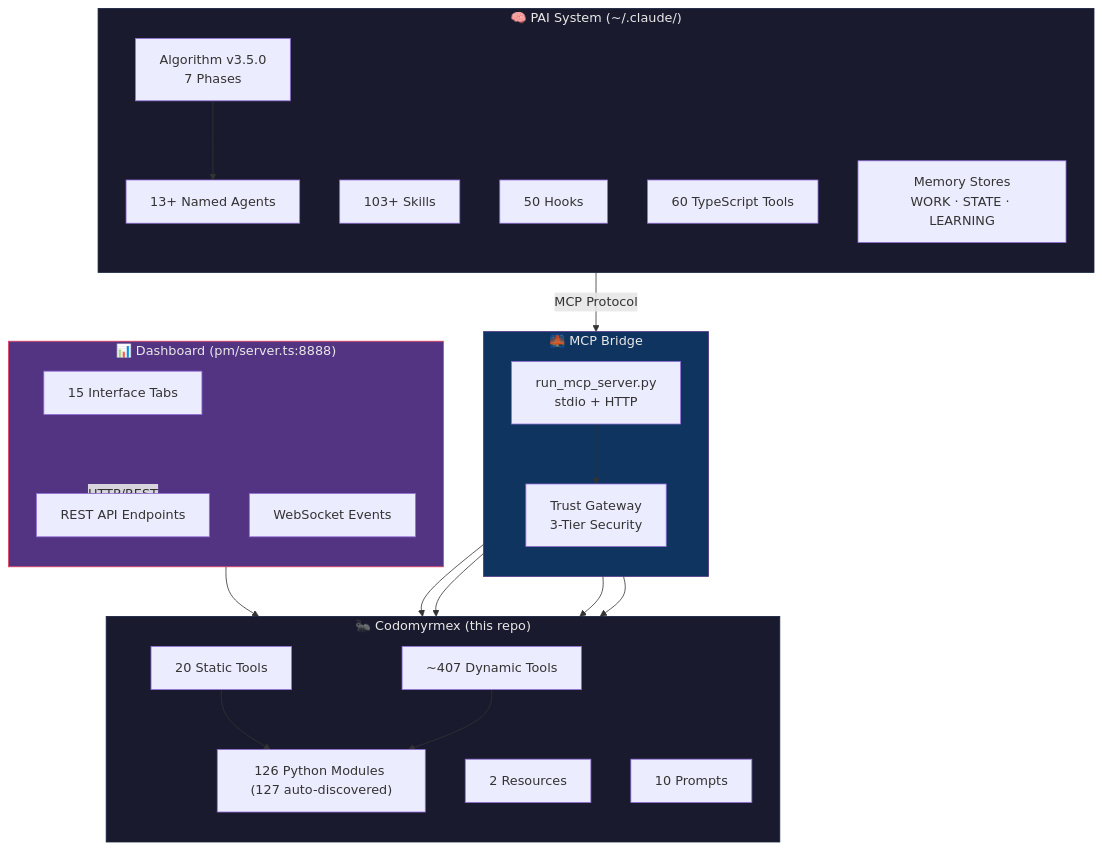
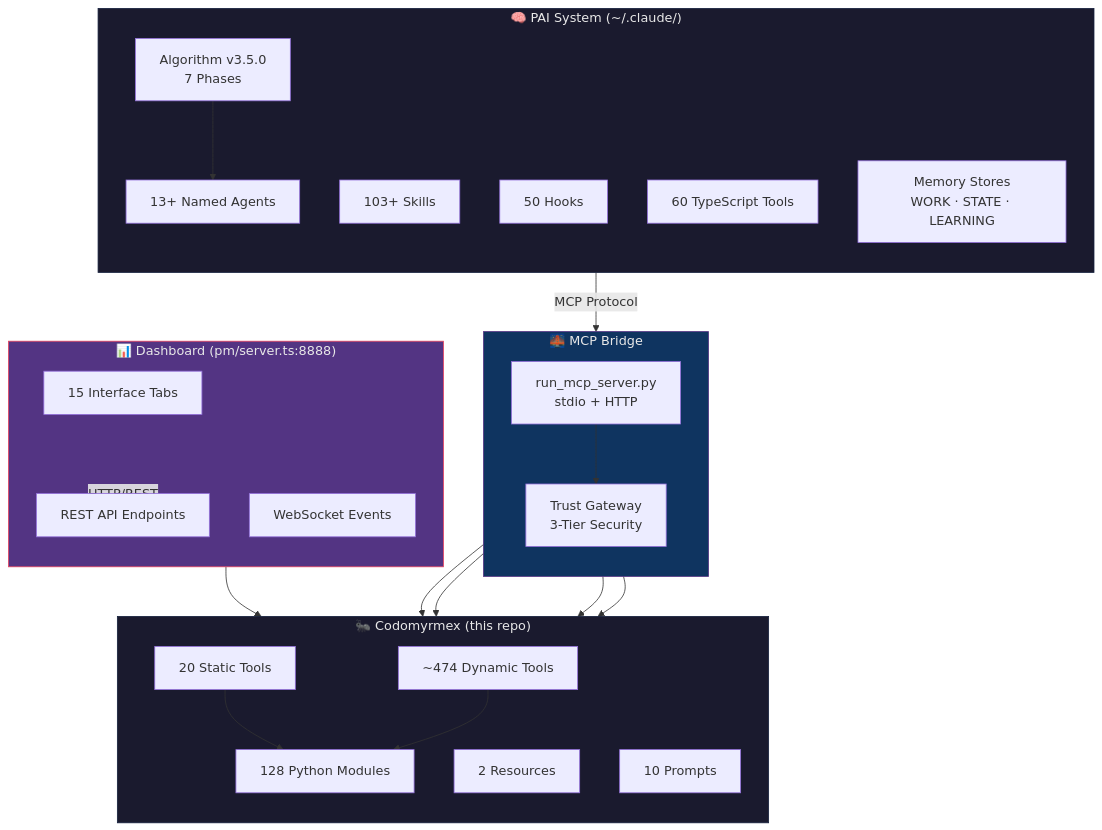
The first of 8 diagrams in docs/pai/README.md (docxology/codomyrmex), drawn with Mermaid before and after one commit. The commit also changed other lines of this file and 44 other files, not shown here.

````diff
--- a/docs/pai/README.md
+++ b/docs/pai/README.md
@@ -15,51 +15,51 @@
 ```mermaid
 graph TB
     subgraph PAI["🧠 PAI System (~/.claude/)"]
         direction TB
         ALGO["Algorithm v3.5.0<br/>7 Phases"]
         SKILLS["103+ Skills"]
         HOOKS["50 Hooks"]
         TOOLS_TS["60 TypeScript Tools"]
         AGENTS_PAI["13+ Named Agents"]
         MEMORY["Memory Stores<br/>WORK · STATE · LEARNING"]
     end
 
     subgraph BRIDGE["🌉 MCP Bridge"]
         direction TB
         MCP_SERVER["run_mcp_server.py<br/>stdio + HTTP"]
         TRUST["Trust Gateway<br/>3-Tier Security"]
     end
 
     subgraph CDM["🐜 Codomyrmex (this repo)"]
         direction TB
-        MODULES["126 Python Modules (127 auto-discovered)"]
+        MODULES["128 Python Modules"]
         STATIC["20 Static Tools"]
-        DYNAMIC["~407 Dynamic Tools"]
+        DYNAMIC["~474 Dynamic Tools"]
         RESOURCES["2 Resources"]
         PROMPTS["10 Prompts"]
     end
 
     subgraph DASH["📊 Dashboard (pm/server.ts:8888)"]
         direction TB
         TABS["15 Interface Tabs"]
         REST["REST API Endpoints"]
         WS["WebSocket Events"]
     end
 
     ALGO --> AGENTS_PAI
     AGENTS_PAI -->|"MCP Protocol"| MCP_SERVER
     MCP_SERVER --> TRUST
     TRUST --> STATIC
     TRUST --> DYNAMIC
     MCP_SERVER --> RESOURCES
     MCP_SERVER --> PROMPTS
     STATIC --> MODULES
     DYNAMIC --> MODULES
     DASH -->|"HTTP/REST"| REST
     REST --> MODULES
 
     style PAI fill:#1a1a2e,stroke:#16213e,color:#e8e8e8
     style BRIDGE fill:#0f3460,stroke:#533483,color:#e8e8e8
     style CDM fill:#1a1a2e,stroke:#16213e,color:#e8e8e8
     style DASH fill:#533483,stroke:#e94560,color:#e8e8e8
 ```
````
